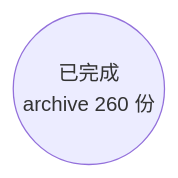
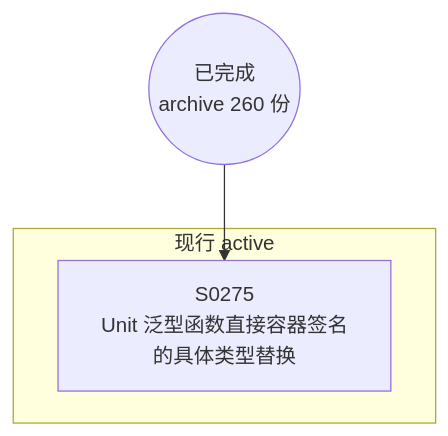
The diagram in docs/specs/dependency-graph.md (Halckon/Koven), drawn with Mermaid before and after one commit. The commit also changed other lines of this file and 8 other files, not shown here.

````diff
--- a/docs/specs/dependency-graph.md
+++ b/docs/specs/dependency-graph.md
@@ -9,4 +9,8 @@
 ```mermaid
 flowchart TD
 ARCH(("已完成<br/>archive 260 份"))
+subgraph Gactive["现行 active"]
+  S0275["S0275<br/>Unit 泛型函数直接容器签名的具体类型替换"]
+end
+ARCH --> S0275
 ```
````
